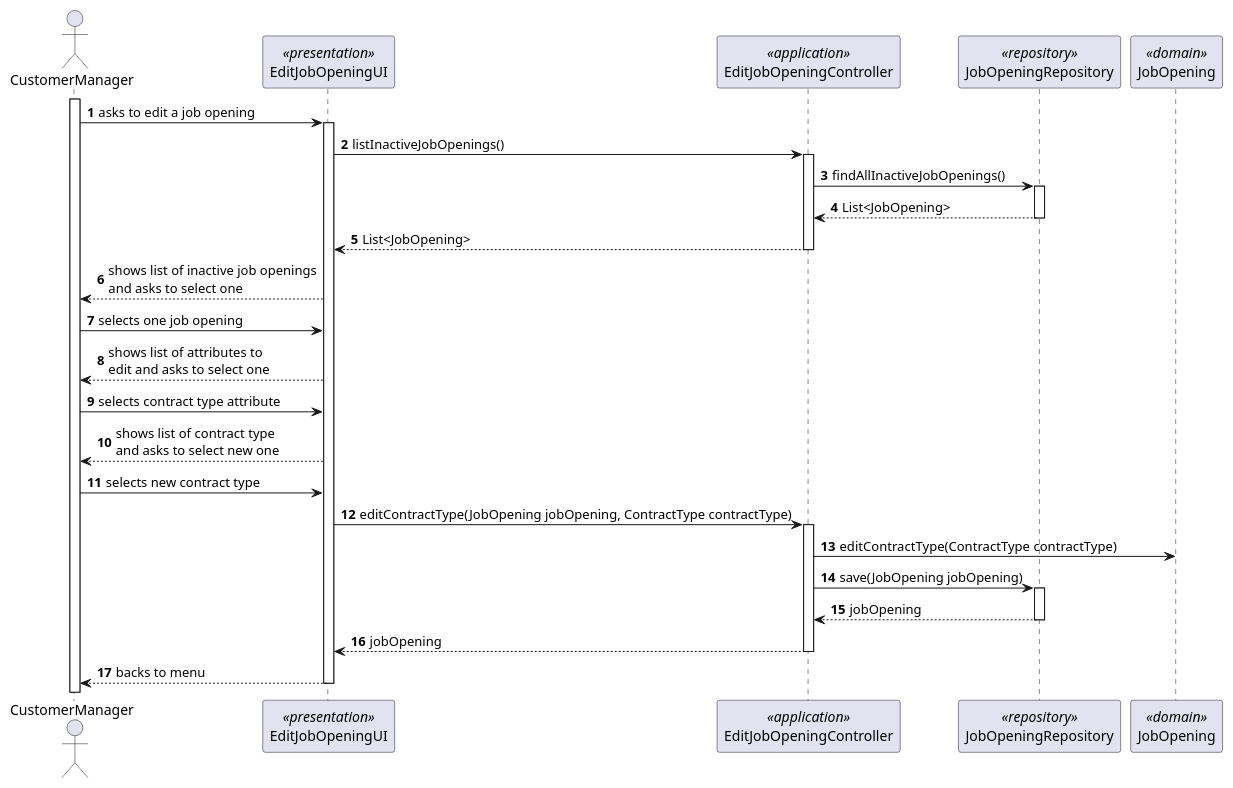
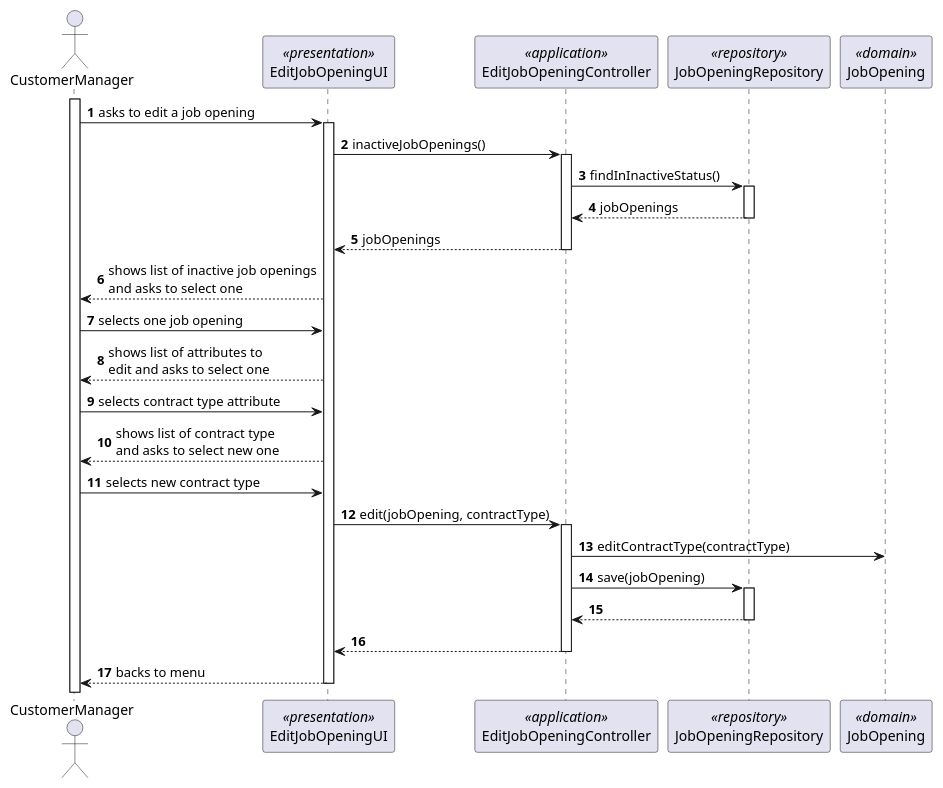
The diagram in docs/SprintC/us1004/SD/SD-Edit-Contract-Type.puml (Rodrick0209/ISEP-SEM4PI-23-24), drawn with PlantUML before and after one commit. The commit also changed 15 other files, not shown here.

```diff
--- a/docs/SprintC/us1004/SD/SD-Edit-Contract-Type.puml
+++ b/docs/SprintC/us1004/SD/SD-Edit-Contract-Type.puml
@@ -1,41 +1,41 @@
 @startuml
 'https://plantuml.com/sequence-diagram
 
 autonumber
 
 actor CustomerManager
 participant EditJobOpeningUI <<presentation>>
 participant EditJobOpeningController <<application>>
 participant JobOpeningRepository <<repository>>
 participant JobOpening <<domain>>
 
 activate CustomerManager
 CustomerManager -> EditJobOpeningUI : asks to edit a job opening
 activate EditJobOpeningUI
-EditJobOpeningUI -> EditJobOpeningController : listInactiveJobOpenings()
+EditJobOpeningUI -> EditJobOpeningController : inactiveJobOpenings()
 activate EditJobOpeningController
-EditJobOpeningController -> JobOpeningRepository : findAllInactiveJobOpenings()
+EditJobOpeningController -> JobOpeningRepository : findInInactiveStatus()
 activate JobOpeningRepository
-JobOpeningRepository --> EditJobOpeningController : List<JobOpening>
+JobOpeningRepository --> EditJobOpeningController : jobOpenings
 deactivate JobOpeningRepository
-EditJobOpeningController --> EditJobOpeningUI : List<JobOpening>
+EditJobOpeningController --> EditJobOpeningUI : jobOpenings
 deactivate EditJobOpeningController
 EditJobOpeningUI --> CustomerManager : shows list of inactive job openings\nand asks to select one
 CustomerManager -> EditJobOpeningUI : selects one job opening
 EditJobOpeningUI --> CustomerManager : shows list of attributes to\nedit and asks to select one
 CustomerManager -> EditJobOpeningUI : selects contract type attribute
 EditJobOpeningUI --> CustomerManager : shows list of contract type\nand asks to select new one
 CustomerManager -> EditJobOpeningUI : selects new contract type
-EditJobOpeningUI -> EditJobOpeningController : editContractType(JobOpening jobOpening, ContractType contractType)
+EditJobOpeningUI -> EditJobOpeningController : edit(jobOpening, contractType)
 activate EditJobOpeningController
-EditJobOpeningController -> JobOpening : editContractType(ContractType contractType)
-EditJobOpeningController -> JobOpeningRepository : save(JobOpening jobOpening)
+EditJobOpeningController -> JobOpening : editContractType(contractType)
+EditJobOpeningController -> JobOpeningRepository : save(jobOpening)
 activate JobOpeningRepository
-JobOpeningRepository --> EditJobOpeningController : jobOpening
+JobOpeningRepository --> EditJobOpeningController :
 deactivate JobOpeningRepository
-EditJobOpeningController --> EditJobOpeningUI : jobOpening
+EditJobOpeningController --> EditJobOpeningUI :
 deactivate EditJobOpeningController
 EditJobOpeningUI --> CustomerManager : backs to menu
 deactivate EditJobOpeningUI
 
 @enduml
```
